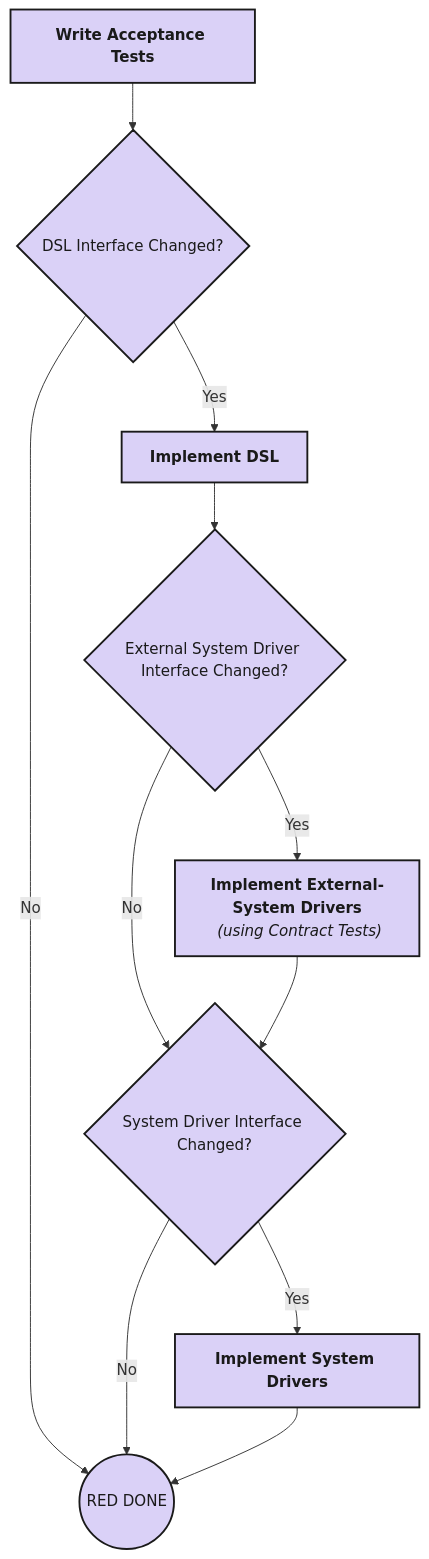
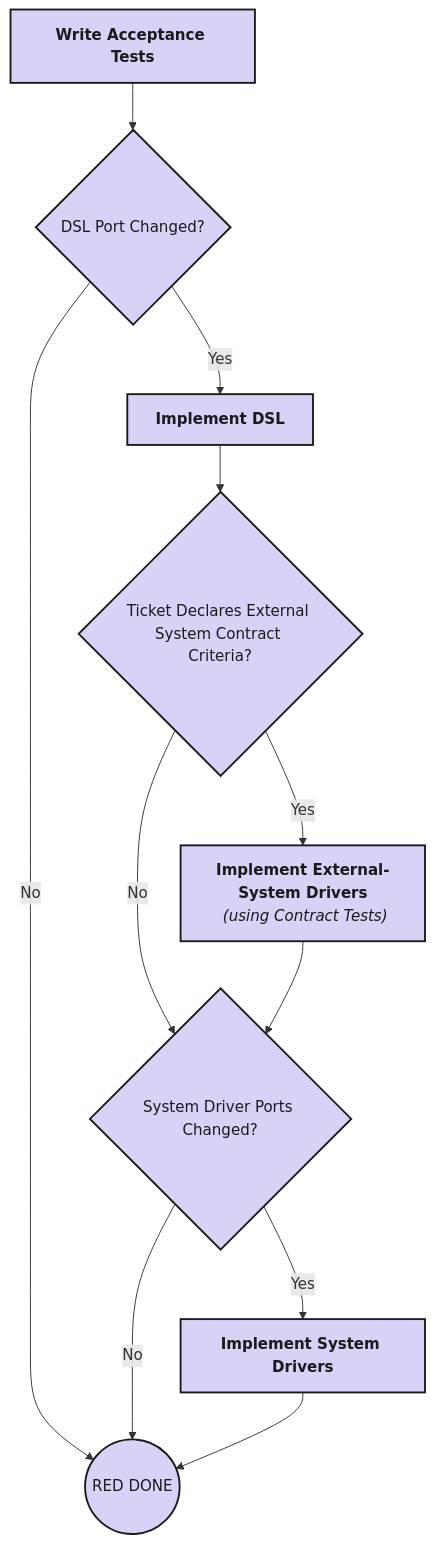
Before and after one commit to optivem/gh-optivem: the first of 3 diagrams in README.md, drawn with Mermaid. The commit also changed other lines of this file and 1 other file, not shown here.

Commit message:
Move substack article and workshop guide to their proper repos

````diff
--- a/README.md
+++ b/README.md
@@ -87,25 +87,25 @@
 ```mermaid
 flowchart TD
     A["<b>Write Acceptance Tests</b>"]
-    B{"DSL Interface Changed?"}
+    B{"DSL Port Changed?"}
     C["<b>Implement DSL</b>"]
-    D{"External System Driver Interface Changed?"}
+    D{"Ticket Declares External System Contract Criteria?"}
     E["<b>Implement External-System Drivers</b><br/><i> (using Contract Tests)</i>"]
-    F{"System Driver Interface Changed?"}
+    F{"System Driver Ports Changed?"}
     G["<b>Implement System Drivers</b>"]
     Z(("RED DONE"))
 
     A --> B
     B -->|Yes| C
     B -->|No| Z
     C --> D
     D -->|Yes| E
     D -->|No| F
     E --> F
     F -->|Yes| G
     F -->|No| Z
     G --> Z
 
     classDef step fill:#DAD1F7,stroke:#1a1a1a,stroke-width:2px,color:#1a1a1a
     class A,B,C,D,E,F,G,Z step
 ```
````
